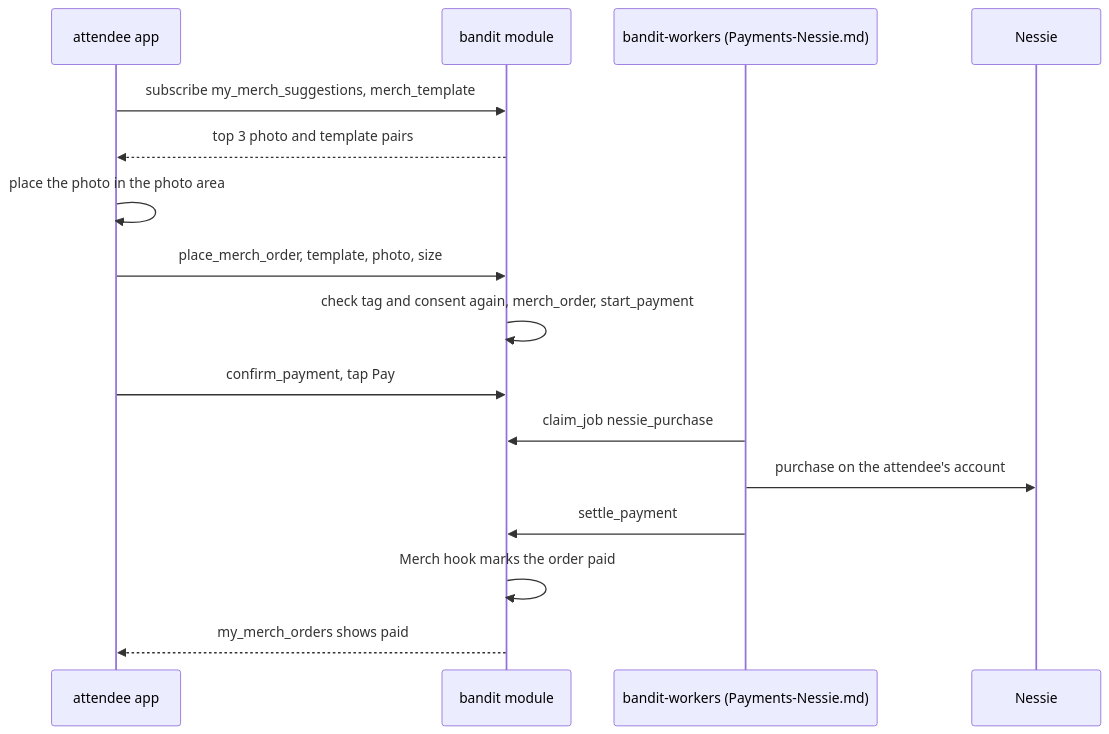
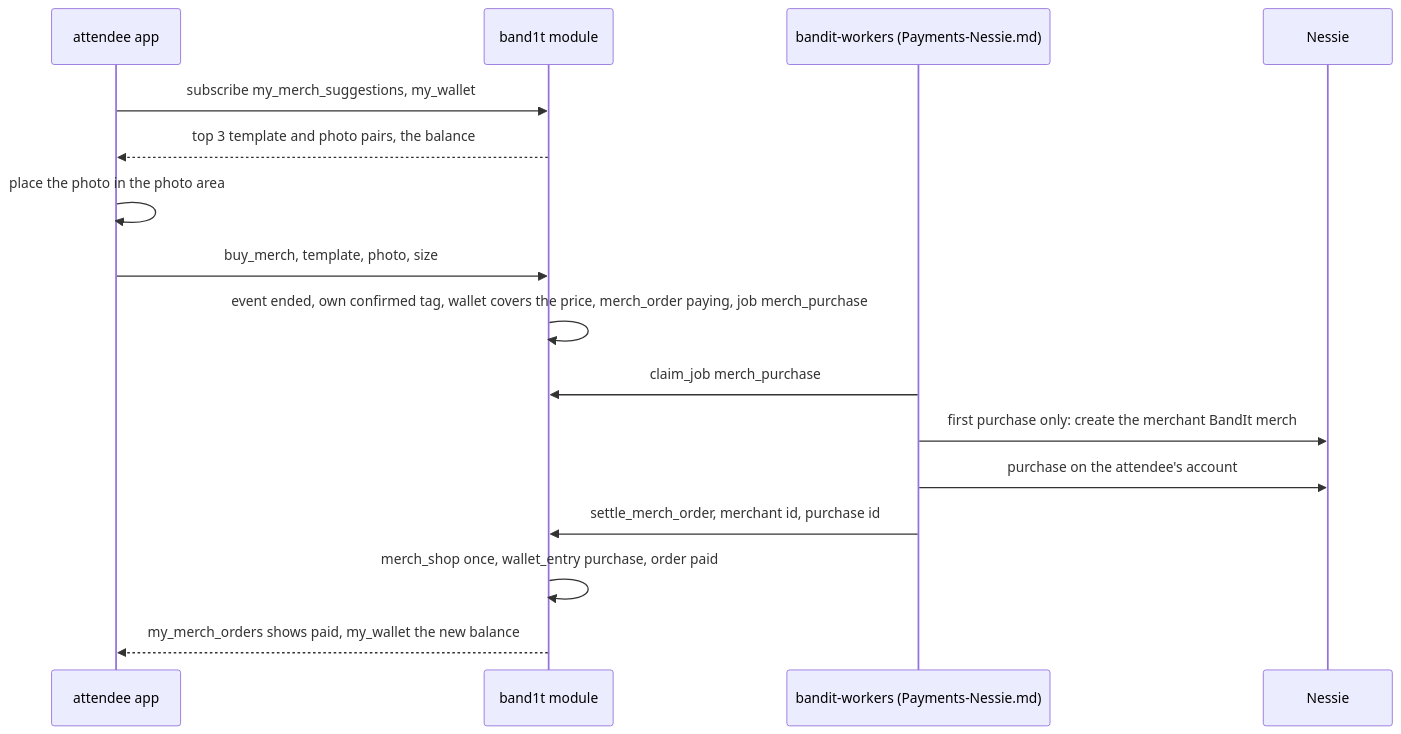
The second of 3 diagrams in System Design/6-features/Merch.md (viktorinkov/cal-hacks-13), drawn with Mermaid before and after one commit. The commit also changed other lines of this file and 21 other files, not shown here.

````diff
--- a/System Design/6-features/Merch.md
+++ b/System Design/6-features/Merch.md
@@ -101,18 +103,18 @@
 ```mermaid
 sequenceDiagram
     participant AT as attendee app
-    participant M as bandit module
+    participant M as band1t module
     participant W as bandit-workers (Payments-Nessie.md)
     participant N as Nessie
-    AT->>M: subscribe my_merch_suggestions, merch_template
-    M-->>AT: top 3 photo and template pairs
+    AT->>M: subscribe my_merch_suggestions, my_wallet
+    M-->>AT: top 3 template and photo pairs, the balance
     AT->>AT: place the photo in the photo area
-    AT->>M: place_merch_order, template, photo, size
-    M->>M: check tag and consent again, merch_order, start_payment
-    AT->>M: confirm_payment, tap Pay
-    W->>M: claim_job nessie_purchase
+    AT->>M: buy_merch, template, photo, size
+    M->>M: event ended, own confirmed tag, wallet covers the price, merch_order paying, job merch_purchase
+    W->>M: claim_job merch_purchase
+    W->>N: first purchase only: create the merchant BandIt merch
     W->>N: purchase on the attendee's account
-    W->>M: settle_payment
-    M->>M: Merch hook marks the order paid
-    M-->>AT: my_merch_orders shows paid
+    W->>M: settle_merch_order, merchant id, purchase id
+    M->>M: merch_shop once, wallet_entry purchase, order paid
+    M-->>AT: my_merch_orders shows paid, my_wallet the new balance
 ```
````
